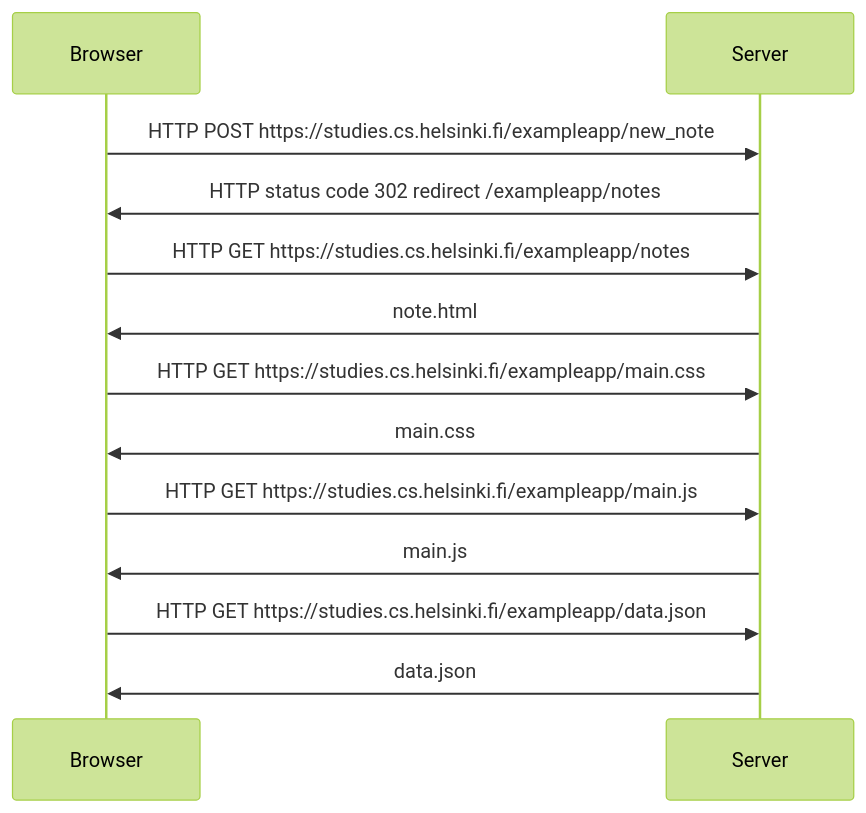
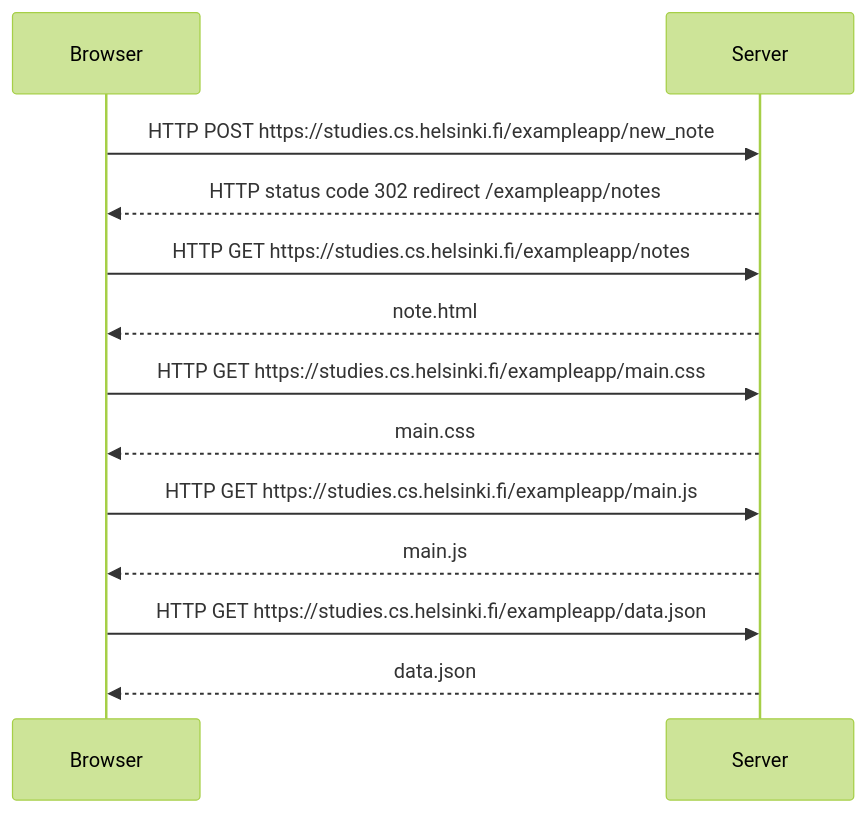
The diagram in part-0/0.4.md (alvarojsanchz/fullstackopen), drawn with Mermaid (forest theme) before and after one commit.

````diff
--- a/part-0/0.4.md
+++ b/part-0/0.4.md
@@ -1,15 +1,15 @@
 ```mermaid
 sequenceDiagram
     participant Browser
     participant Server
     Browser->>Server: HTTP POST https://studies.cs.helsinki.fi/exampleapp/new_note
-    Server->>Browser: HTTP status code 302 redirect /exampleapp/notes
+    Server-->>Browser: HTTP status code 302 redirect /exampleapp/notes
     Browser->>Server: HTTP GET https://studies.cs.helsinki.fi/exampleapp/notes
-    Server->>Browser: note.html
+    Server-->>Browser: note.html
     Browser->>Server: HTTP GET https://studies.cs.helsinki.fi/exampleapp/main.css
-    Server->>Browser: main.css
+    Server-->>Browser: main.css
     Browser->>Server: HTTP GET https://studies.cs.helsinki.fi/exampleapp/main.js
-    Server->>Browser: main.js
+    Server-->>Browser: main.js
     Browser->>Server: HTTP GET https://studies.cs.helsinki.fi/exampleapp/data.json
-    Server->>Browser: data.json
+    Server-->>Browser: data.json
 ```
````
